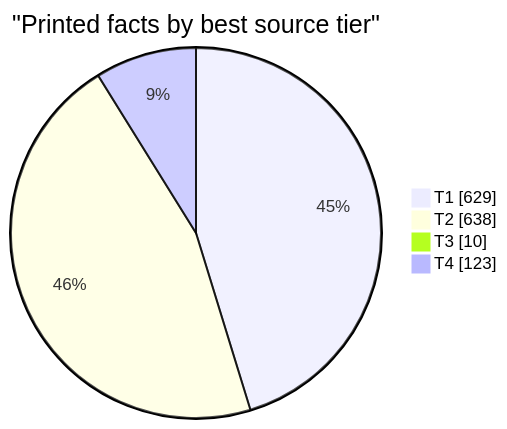
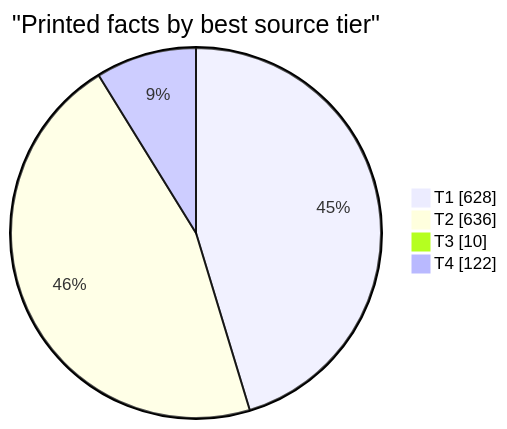
The second of 5 diagrams in docs/evidence.md (EU27-data-sovereignty/eu27-data-sovereignty), drawn with Mermaid before and after one commit. The commit also changed other lines of this file and 57 other files, not shown here.

````diff
--- a/docs/evidence.md
+++ b/docs/evidence.md
@@ -36,8 +36,8 @@
 ```mermaid
 pie showData
   title "Printed facts by best source tier"
-  "T1" : 629
-  "T2" : 638
+  "T1" : 628
+  "T2" : 636
   "T3" : 10
-  "T4" : 123
+  "T4" : 122
 ```
````
